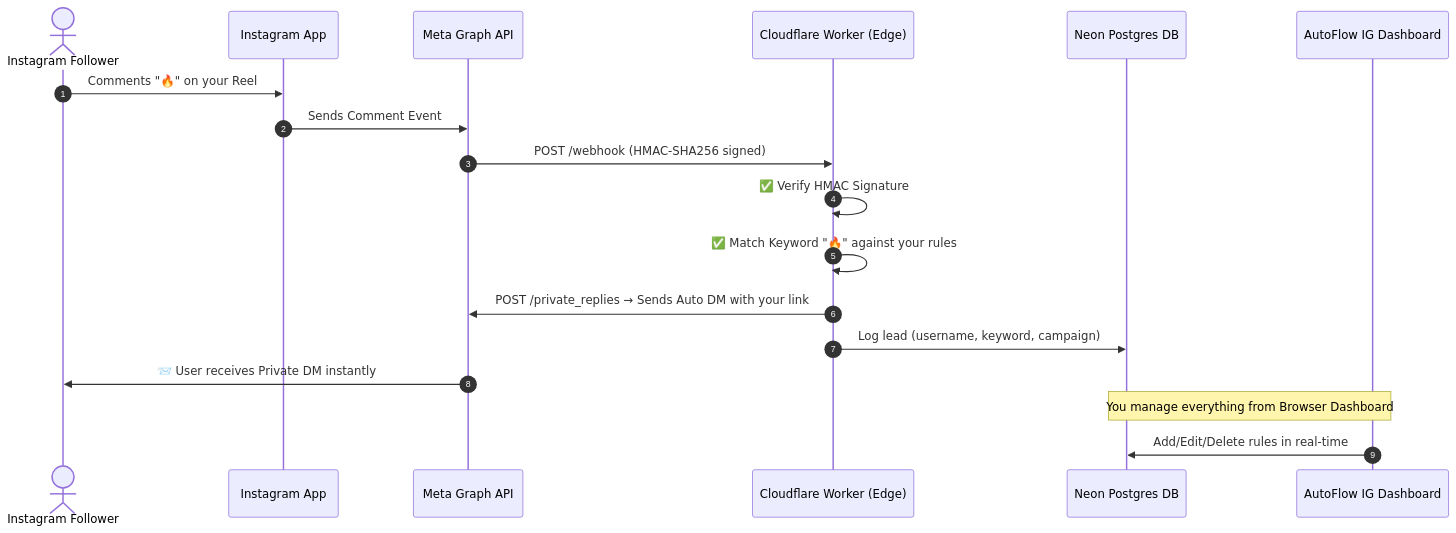
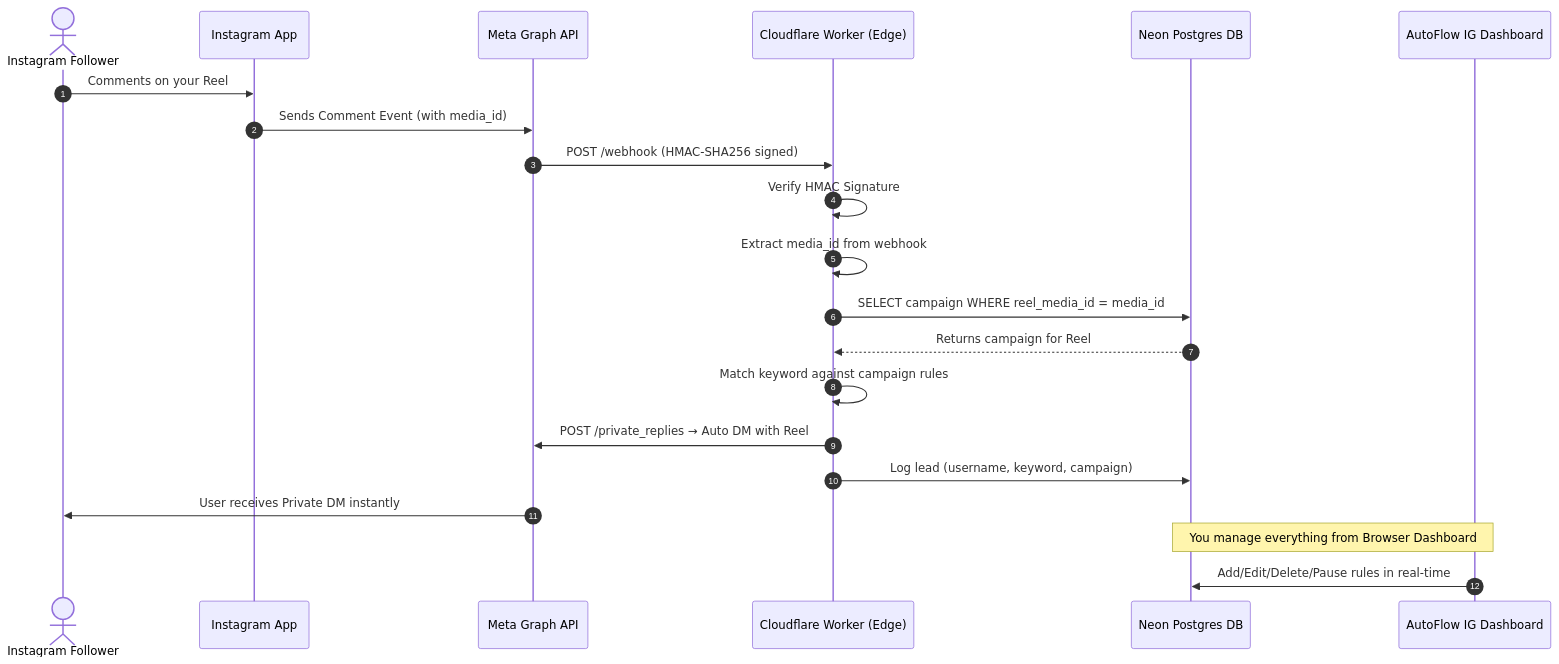
Before and after one commit to adrianak2026/autoflow-ig-automation: the diagram in README.md, drawn with Mermaid. The commit also changed other lines of this file, not shown here.

````diff
--- a/README.md
+++ b/README.md
@@ -91,22 +144,25 @@
 ```mermaid
 sequenceDiagram
     autonumber
     actor User as Instagram Follower
     participant Instagram as Instagram App
     participant Meta as Meta Graph API
     participant Worker as Cloudflare Worker (Edge)
     participant Neon as Neon Postgres DB
     participant Dashboard as AutoFlow IG Dashboard
 
-    User->>Instagram: Comments "🔥" on your Reel
-    Instagram->>Meta: Sends Comment Event
+    User->>Instagram: Comments on your Reel #42
+    Instagram->>Meta: Sends Comment Event (with media_id)
     Meta->>Worker: POST /webhook (HMAC-SHA256 signed)
-    Worker->>Worker: ✅ Verify HMAC Signature
-    Worker->>Worker: ✅ Match Keyword "🔥" against your rules
-    Worker->>Meta: POST /private_replies → Sends Auto DM with your link
+    Worker->>Worker: Verify HMAC Signature
+    Worker->>Worker: Extract media_id from webhook
+    Worker->>Neon: SELECT campaign WHERE reel_media_id = media_id
+    Neon-->>Worker: Returns campaign for Reel #42
+    Worker->>Worker: Match keyword against campaign rules
+    Worker->>Meta: POST /private_replies → Auto DM with Reel #42 link
     Worker->>Neon: Log lead (username, keyword, campaign)
-    Meta->>User: 📨 User receives Private DM instantly
+    Meta->>User: User receives Private DM instantly
 
     Note over Dashboard,Neon: You manage everything from Browser Dashboard
-    Dashboard->>Neon: Add/Edit/Delete rules in real-time
+    Dashboard->>Neon: Add/Edit/Delete/Pause rules in real-time
 ```
````
